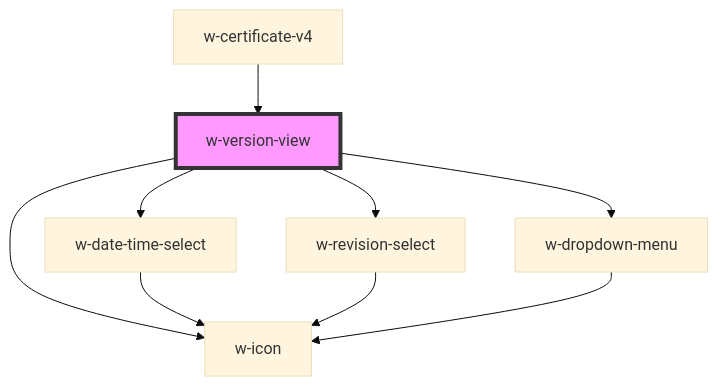
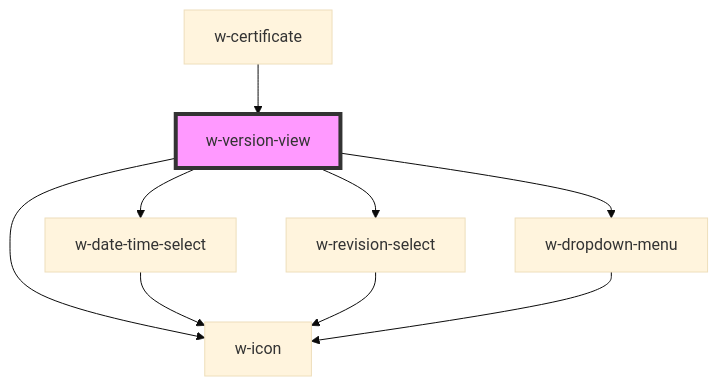
The diagram in src/components/w-certificate/views/w-version-view/readme.md (wordproof/ui), drawn with Mermaid (base theme) before and after one commit. The commit also changed other lines of this file and 12 other files, not shown here.

````diff
--- a/src/components/w-certificate/views/w-version-view/readme.md
+++ b/src/components/w-certificate/views/w-version-view/readme.md
@@ -36,12 +36,12 @@
 ```mermaid
 graph TD;
   w-version-view --> w-date-time-select
   w-version-view --> w-revision-select
   w-version-view --> w-icon
   w-version-view --> w-dropdown-menu
   w-date-time-select --> w-icon
   w-revision-select --> w-icon
   w-dropdown-menu --> w-icon
-  w-certificate-v4 --> w-version-view
+  w-certificate --> w-version-view
   style w-version-view fill:#f9f,stroke:#333,stroke-width:4px
 ```
````
